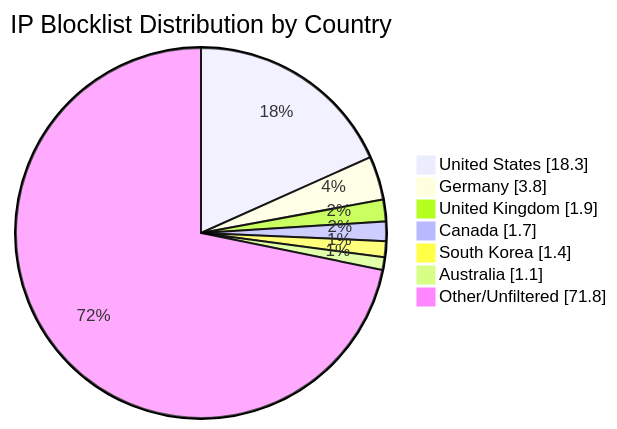
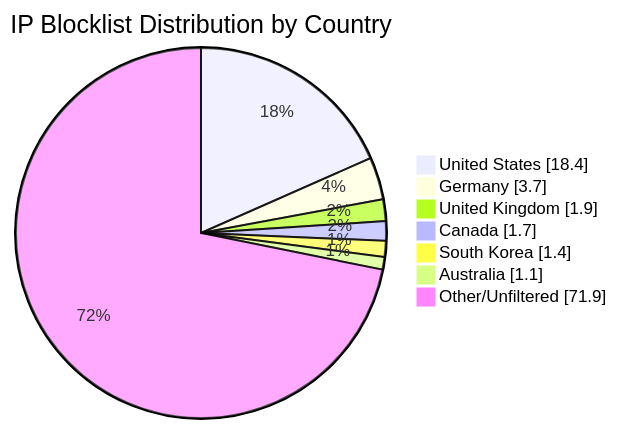
Before and after one commit to MarcusHoltz/ipblocklist-geofiltered-aggregator: the diagram in README.md, drawn with Mermaid. The commit also changed other lines of this file and 9 other files, not shown here.

````diff
--- a/README.md
+++ b/README.md
@@ -34,10 +34,10 @@
 ```mermaid
 pie showData title IP Blocklist Distribution by Country
-"United States" : 18.3
-"Germany" : 3.8
+"United States" : 18.4
+"Germany" : 3.7
 "United Kingdom" : 1.9
 "Canada" : 1.7
 "South Korea" : 1.4
 "Australia" : 1.1
-"Other/Unfiltered" : 71.8
+"Other/Unfiltered" : 71.9
 ```
````
